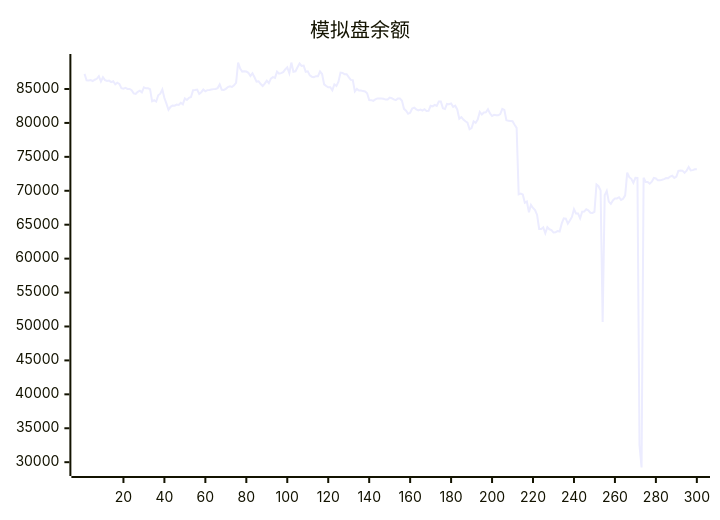
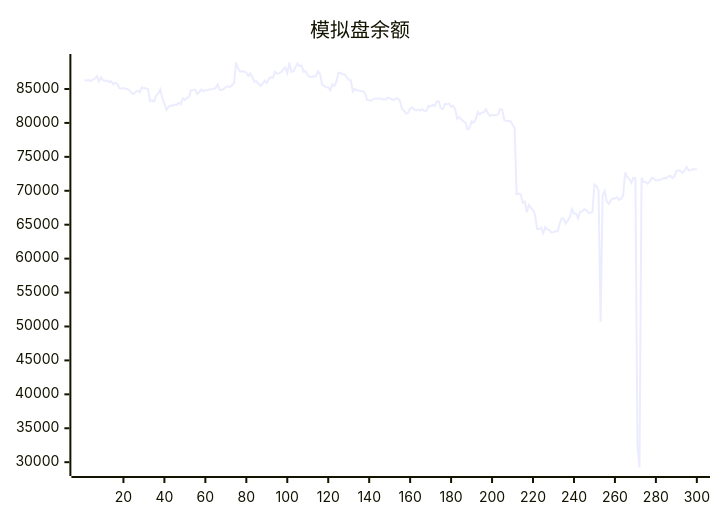
One commit to aahl/ai-trading changed the diagram in README.md. Above: the diagram before and after it, drawn with Mermaid. The commit also changed other lines of this file and 1 other file, not shown here.

````diff
--- a/README.md
+++ b/README.md
@@ -5,5 +5,5 @@
 ```mermaid
 xychart
     title "模拟盘余额"
-    line [87234,86279,86251,86314,86177,86364,86503,86886,86114,86731,86310,86176,86240,86017,86136,85685,85938,85749,85111,85044,85164,85016,85008,84824,84354,84287,84572,84745,84500,85234,85096,85095,84970,83180,83338,83157,84070,84309,84922,83667,82850,81924,82369,82552,82539,82695,82648,82962,82728,83619,83378,83710,83825,84819,84854,84917,84265,84527,84919,84668,84834,84850,84916,84981,85004,85131,85674,84891,84864,85019,85284,85393,85294,85538,85894,88904,88012,87567,87625,87568,87386,86920,87313,86737,86094,86143,85725,85437,85787,86219,85859,86526,86740,86630,87563,87264,87335,87483,87886,88180,87335,88894,87544,87608,88207,88755,88401,88444,87543,87608,87000,86810,86740,86894,86884,87576,87209,85686,85435,85251,85255,84820,85689,85453,86066,87420,87373,87161,87178,86740,86341,86315,84643,85012,84772,84768,84690,84635,84376,83360,83357,83259,83474,83608,83606,83602,83548,83440,83454,83724,83644,83464,83365,83590,83592,83275,82072,81806,81344,81492,82109,82254,82006,81848,81955,81829,82022,81769,81776,82522,82441,82656,82498,83144,83144,82150,82038,82797,82763,82872,82367,82536,81981,80612,80862,80484,80242,80034,79063,79245,80226,80016,80507,81625,81233,81544,81578,82016,81401,81019,81186,81130,81118,81306,82066,81909,80392,80304,80291,80258,79729,79261,69466,69579,69456,68251,68415,66832,67911,67462,67144,66432,64380,64375,64606,63740,64647,64324,64216,63842,63877,64078,64008,65156,65945,65888,65157,65625,66144,67284,66653,66639,65924,66925,66956,67263,67108,66766,66729,66886,70927,70673,70049,50652,69334,69973,68400,68061,68578,68876,68879,69055,68662,68822,69329,72687,71999,71760,71162,71911,71896,32500,29218,71927,71297,71305,71044,71337,71883,71822,71536,71536,71622,71723,71880,71860,72100,72216,71887,72077,72940,72976,72966,72638,72948,73497,73004,73041,73173,73160]
+    line [86279,86251,86314,86177,86364,86503,86886,86114,86731,86310,86176,86240,86017,86136,85685,85938,85749,85111,85044,85164,85016,85008,84824,84354,84287,84572,84745,84500,85234,85096,85095,84970,83180,83338,83157,84070,84309,84922,83667,82850,81924,82369,82552,82539,82695,82648,82962,82728,83619,83378,83710,83825,84819,84854,84917,84265,84527,84919,84668,84834,84850,84916,84981,85004,85131,85674,84891,84864,85019,85284,85393,85294,85538,85894,88904,88012,87567,87625,87568,87386,86920,87313,86737,86094,86143,85725,85437,85787,86219,85859,86526,86740,86630,87563,87264,87335,87483,87886,88180,87335,88894,87544,87608,88207,88755,88401,88444,87543,87608,87000,86810,86740,86894,86884,87576,87209,85686,85435,85251,85255,84820,85689,85453,86066,87420,87373,87161,87178,86740,86341,86315,84643,85012,84772,84768,84690,84635,84376,83360,83357,83259,83474,83608,83606,83602,83548,83440,83454,83724,83644,83464,83365,83590,83592,83275,82072,81806,81344,81492,82109,82254,82006,81848,81955,81829,82022,81769,81776,82522,82441,82656,82498,83144,83144,82150,82038,82797,82763,82872,82367,82536,81981,80612,80862,80484,80242,80034,79063,79245,80226,80016,80507,81625,81233,81544,81578,82016,81401,81019,81186,81130,81118,81306,82066,81909,80392,80304,80291,80258,79729,79261,69466,69579,69456,68251,68415,66832,67911,67462,67144,66432,64380,64375,64606,63740,64647,64324,64216,63842,63877,64078,64008,65156,65945,65888,65157,65625,66144,67284,66653,66639,65924,66925,66956,67263,67108,66766,66729,66886,70927,70673,70049,50652,69334,69973,68400,68061,68578,68876,68879,69055,68662,68822,69329,72687,71999,71760,71162,71911,71896,32500,29218,71927,71297,71305,71044,71337,71883,71822,71536,71536,71622,71723,71880,71860,72100,72216,71887,72077,72940,72976,72966,72638,72948,73497,73004,73041,73173,73160,73186]
 ```
````
